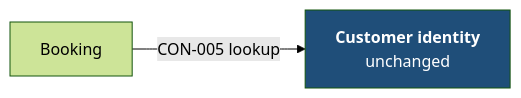
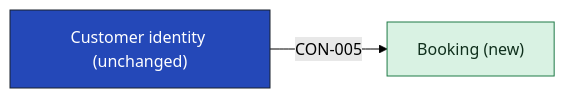
One commit to smalls257/vela changed the diagram in examples/unified-booking/05-building-blocks/customer-identity-building-blocks.md. Above: the diagram before and after it, drawn with Mermaid (forest theme). The commit also changed other lines of this file and 21 other files, not shown here.

First line of the commit message:
Draw context, system and app diagrams from the contracts

````diff
--- a/examples/unified-booking/05-building-blocks/customer-identity-building-blocks.md
+++ b/examples/unified-booking/05-building-blocks/customer-identity-building-blocks.md
@@ -27,8 +28,10 @@
 ```mermaid
 flowchart LR
-  bk["Booking"]
-  ci["<b>Customer identity</b><br/>unchanged"]
-  bk -->|"CON-005 lookup"| ci
-  classDef focus fill:#1f4e79,color:#fff
-  class ci focus
+  n_APP_booking["Booking (new)"]
+  n_APP_customer_identity["Customer identity (unchanged)"]
+  n_APP_customer_identity -->|"CON-005"| n_APP_booking
+  classDef focus fill:#2448b8,stroke:#19212d,color:#ffffff
+  classDef new fill:#d9f2e3,stroke:#1e7a46,color:#10301d
+  class n_APP_customer_identity focus
+  class n_APP_booking new
 ```
````
